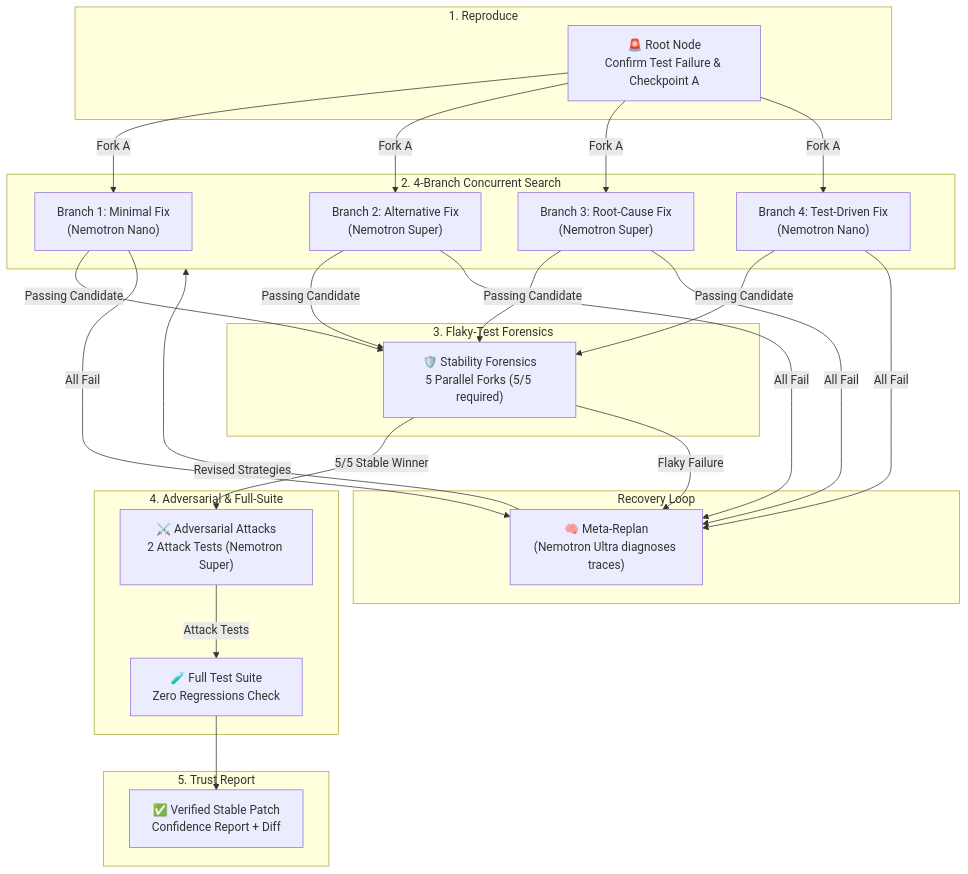
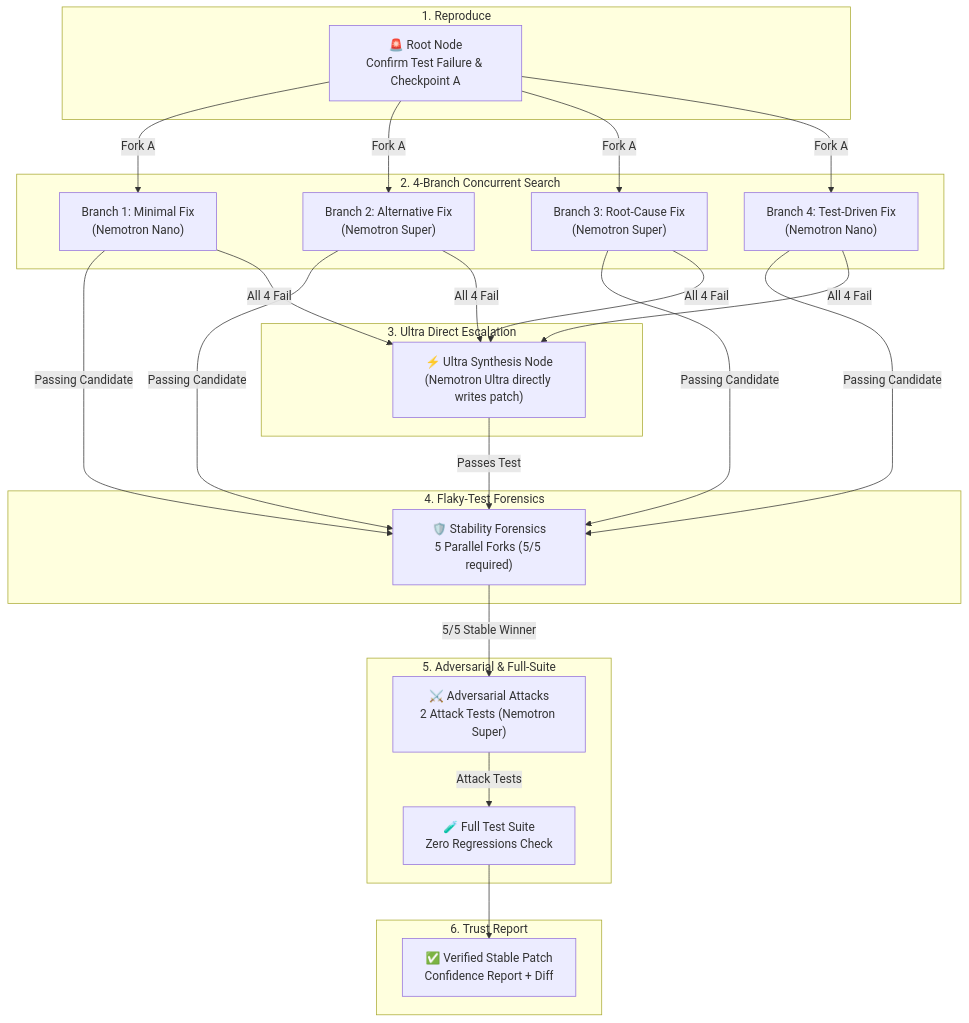
One commit to Aman-art1/PatchTree changed the second of 2 diagrams in README.md. Above: the diagram before and after it, drawn with Mermaid. The commit also changed other lines of this file and 10 other files, not shown here.

First line of the commit message:
feat(orchestrator): direct Nemotron Ultra patch synthesis on 4-branch failure

````diff
--- a/README.md
+++ b/README.md
@@ -78,39 +79,38 @@
 ```mermaid
 flowchart TD
     subgraph Reproduction ["1. Reproduce"]
         Root["🚨 Root Node<br/>Confirm Test Failure & Checkpoint A"]
     end
 
     subgraph Search ["2. 4-Branch Concurrent Search"]
         B1["Branch 1: Minimal Fix<br/>(Nemotron Nano)"]
         B2["Branch 2: Alternative Fix<br/>(Nemotron Super)"]
         B3["Branch 3: Root-Cause Fix<br/>(Nemotron Super)"]
         B4["Branch 4: Test-Driven Fix<br/>(Nemotron Nano)"]
     end
 
-    subgraph Stability ["3. Flaky-Test Forensics"]
+    subgraph Escalation ["3. Ultra Direct Escalation"]
+        UltraNode["⚡ Ultra Synthesis Node<br/>(Nemotron Ultra directly writes patch)"]
+    end
+
+    subgraph Stability ["4. Flaky-Test Forensics"]
         Stab["🛡️ Stability Forensics<br/>5 Parallel Forks (5/5 required)"]
     end
 
-    subgraph Adversarial ["4. Adversarial & Full-Suite"]
+    subgraph Adversarial ["5. Adversarial & Full-Suite"]
         Adv["⚔️ Adversarial Attacks<br/>2 Attack Tests (Nemotron Super)"]
         Suite["🧪 Full Test Suite<br/>Zero Regressions Check"]
     end
 
-    subgraph ReplanLoop ["Recovery Loop"]
-        Replan["🧠 Meta-Replan<br/>(Nemotron Ultra diagnoses traces)"]
-    end
-
-    subgraph Verified ["5. Trust Report"]
+    subgraph Verified ["6. Trust Report"]
         Winner["✅ Verified Stable Patch<br/>Confidence Report + Diff"]
     end
 
     Root -->|Fork A| B1 & B2 & B3 & B4
     B1 & B2 & B3 & B4 -->|Passing Candidate| Stab
-    B1 & B2 & B3 & B4 -->|All Fail| Replan
-    Replan -->|Revised Strategies| Search
+    B1 & B2 & B3 & B4 -->|All 4 Fail| UltraNode
+    UltraNode -->|Passes Test| Stab
     Stab -->|5/5 Stable Winner| Adv
-    Stab -->|Flaky Failure| Replan
     Adv -->|Attack Tests| Suite
     Suite --> Winner
 ```
````
